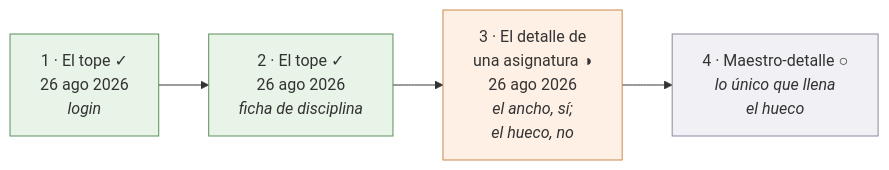
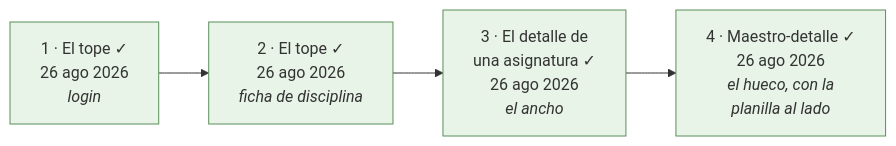
One commit to bluesky777/myvc_flutter changed the second of 3 diagrams in docs/tablets.md. Above: the diagram before and after it, drawn with Mermaid. The commit also changed other lines of this file and 5 other files, not shown here.

First line of the commit message:
feat(tablets): maestro-detalle — la planilla al lado de su lista

````diff
--- a/docs/tablets.md
+++ b/docs/tablets.md
@@ -76,11 +76,11 @@
 ```mermaid
 flowchart LR
     F1["1 · El tope ✓<br/>26 ago 2026<br/><i>login</i>"] --> F2["2 · El tope ✓<br/>26 ago 2026<br/><i>ficha de disciplina</i>"]
-    F2 --> F3["3 · El detalle de<br/>una asignatura ◑<br/>26 ago 2026<br/><i>el ancho, sí;<br/>el hueco, no</i>"]
-    F3 --> F4["4 · Maestro-detalle ○<br/><i>lo único que llena<br/>el hueco</i>"]
+    F2 --> F3["3 · El detalle de<br/>una asignatura ✓<br/>26 ago 2026<br/><i>el ancho</i>"]
+    F3 --> F4["4 · Maestro-detalle ✓<br/>26 ago 2026<br/><i>el hueco, con la<br/>planilla al lado</i>"]
 
     style F1 fill:#e8f4e8,stroke:#5a8f5a
     style F2 fill:#e8f4e8,stroke:#5a8f5a
-    style F3 fill:#fff0e6,stroke:#c98a4b
-    style F4 fill:#f0f0f5,stroke:#8a8aa0
+    style F3 fill:#e8f4e8,stroke:#5a8f5a
+    style F4 fill:#e8f4e8,stroke:#5a8f5a
 ```
````
